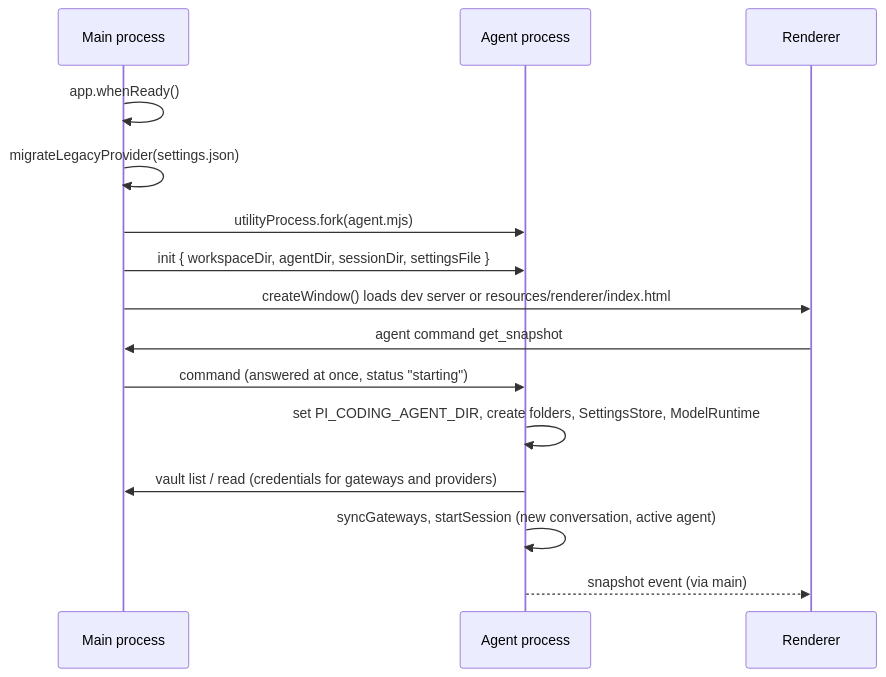
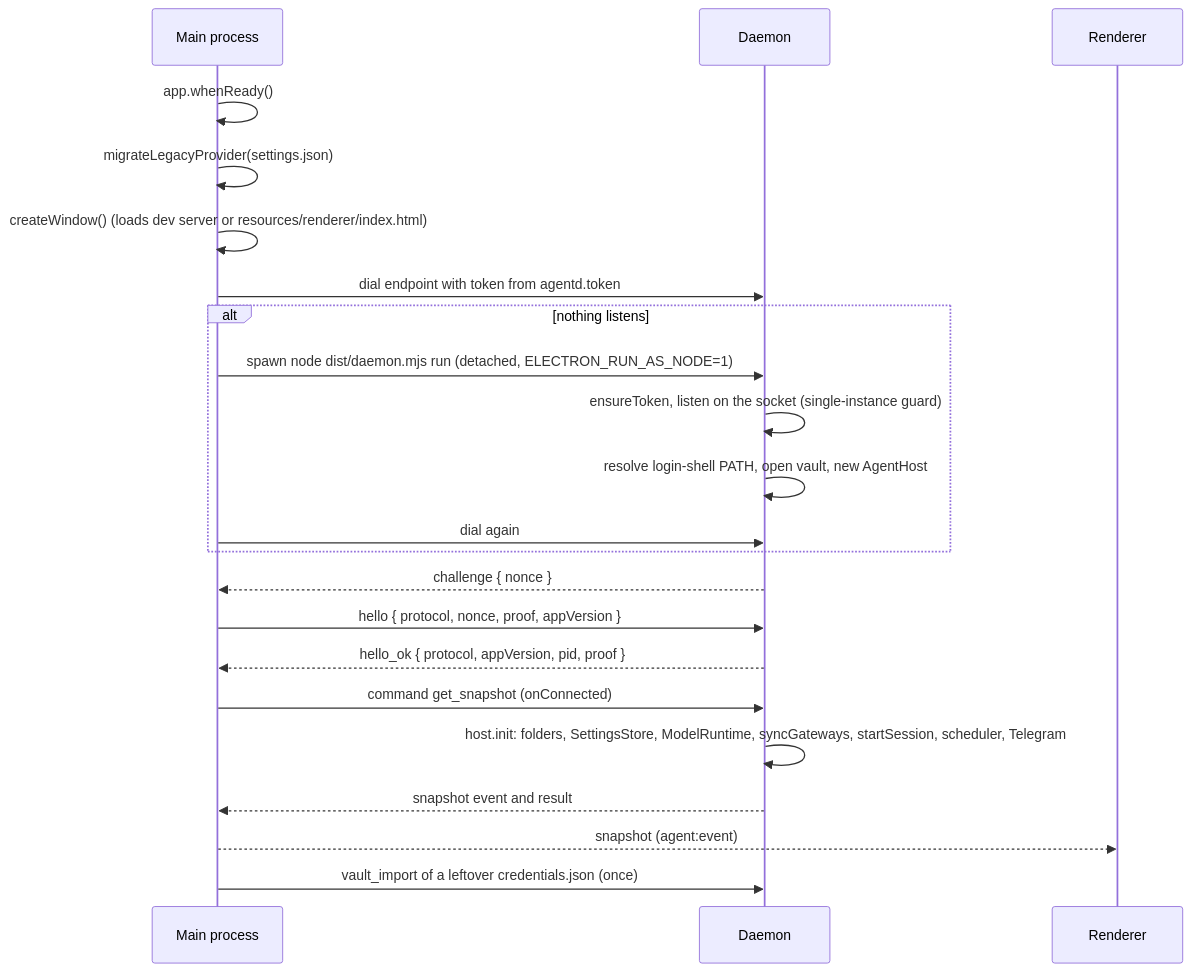
One commit to pp-techs/pp-agent changed the second of 2 diagrams in docs/architecture/process-model.md. Above: the diagram before and after it, drawn with Mermaid. The commit also changed other lines of this file and 167 other files, not shown here.

First line of the commit message:
feat(agent): run the agent in a background daemon and add a Telegram channel (#16)

````diff
--- a/docs/architecture/process-model.md
+++ b/docs/architecture/process-model.md
@@ -37,17 +43,24 @@
 ```mermaid
 sequenceDiagram
   participant M as Main process
-  participant A as Agent process
+  participant D as Daemon
   participant R as Renderer
   M->>M: app.whenReady()
   M->>M: migrateLegacyProvider(settings.json)
-  M->>A: utilityProcess.fork(agent.mjs)
-  M->>A: init { workspaceDir, agentDir, sessionDir, settingsFile }
-  M->>R: createWindow() loads dev server or resources/renderer/index.html
-  R->>M: agent command get_snapshot
-  M->>A: command (answered at once, status "starting")
-  A->>A: set PI_CODING_AGENT_DIR, create folders, SettingsStore, ModelRuntime
-  A->>M: vault list / read (credentials for gateways and providers)
-  A->>A: syncGateways, startSession (new conversation, active agent)
-  A-->>R: snapshot event (via main)
+  M->>M: createWindow() (loads dev server or resources/renderer/index.html)
+  M->>D: dial endpoint with token from agentd.token
+  alt nothing listens
+    M->>D: spawn node dist/daemon.mjs run (detached, ELECTRON_RUN_AS_NODE=1)
+    D->>D: ensureToken, listen on the socket (single-instance guard)
+    D->>D: resolve login-shell PATH, open vault, new AgentHost
+    M->>D: dial again
+  end
+  D-->>M: challenge { nonce }
+  M->>D: hello { protocol, nonce, proof, appVersion }
+  D-->>M: hello_ok { protocol, appVersion, pid, proof }
+  M->>D: command get_snapshot (onConnected)
+  D->>D: host.init: folders, SettingsStore, ModelRuntime, syncGateways, startSession, scheduler, Telegram
+  D-->>M: snapshot event and result
+  M-->>R: snapshot (agent:event)
+  M->>D: vault_import of a leftover credentials.json (once)
 ```
````
